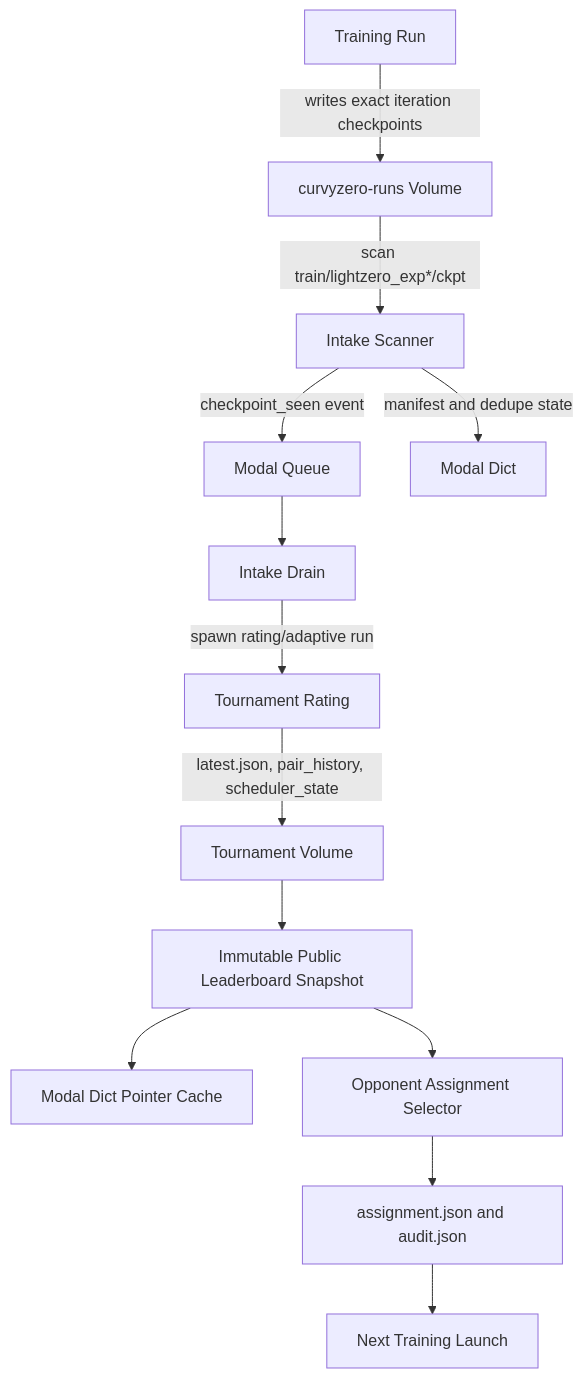
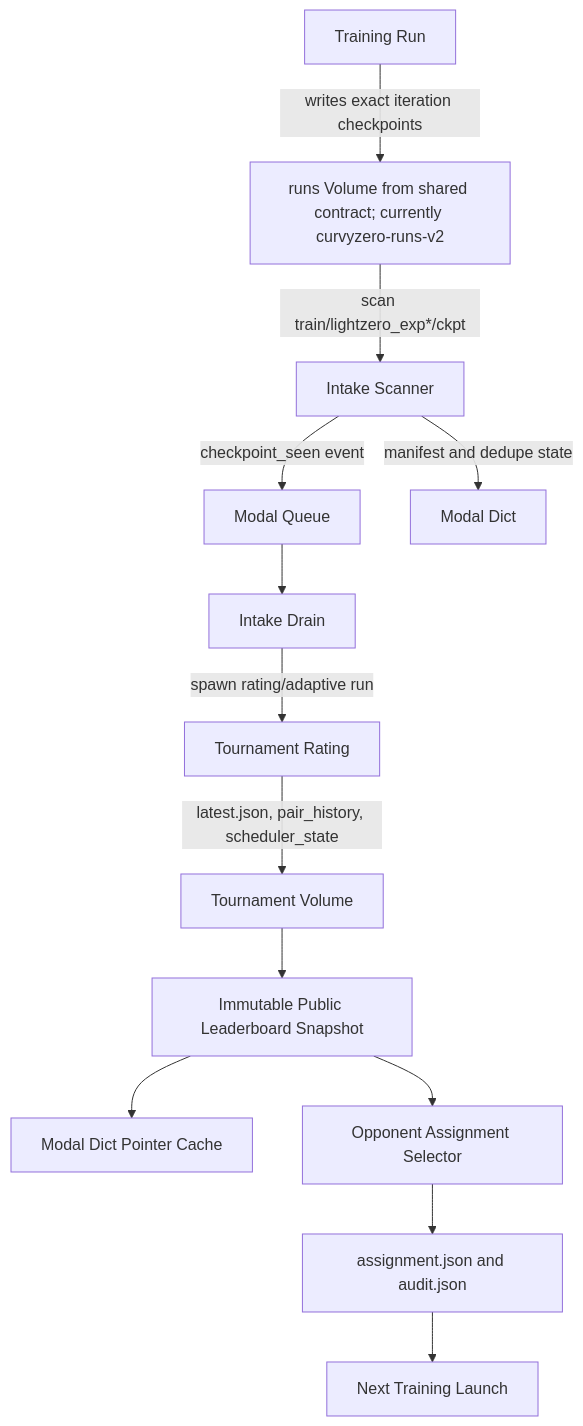
One commit to amartyashankha/curvyzero changed the diagram in docs/working/training/leaderboard_to_training_2026-05-13/dataflow.md. Above: the diagram before and after it, drawn with Mermaid. The commit also changed other lines of this file and 411 other files, not shown here.

````diff
--- a/docs/working/training/leaderboard_to_training_2026-05-13/dataflow.md
+++ b/docs/working/training/leaderboard_to_training_2026-05-13/dataflow.md
@@ -5,15 +5,15 @@
 ```mermaid
 flowchart TD
-  trainRun["Training Run"] -->|"writes exact iteration checkpoints"| checkpointVolume["curvyzero-runs Volume"]
+  trainRun["Training Run"] -->|"writes exact iteration checkpoints"| checkpointVolume["runs Volume from shared contract; currently curvyzero-runs-v2"]
   checkpointVolume -->|"scan train/lightzero_exp*/ckpt"| intakeScanner["Intake Scanner"]
   intakeScanner -->|"checkpoint_seen event"| intakeQueue["Modal Queue"]
   intakeScanner -->|"manifest and dedupe state"| intakeDict["Modal Dict"]
   intakeQueue --> intakeDrain["Intake Drain"]
   intakeDrain -->|"spawn rating/adaptive run"| tournamentRating["Tournament Rating"]
   tournamentRating -->|"latest.json, pair_history, scheduler_state"| tournamentVolume["Tournament Volume"]
   tournamentVolume --> publicLeaderboard["Immutable Public Leaderboard Snapshot"]
   publicLeaderboard --> livePointer["Modal Dict Pointer Cache"]
   publicLeaderboard --> selector["Opponent Assignment Selector"]
   selector --> assignment["assignment.json and audit.json"]
   assignment --> nextTrain["Next Training Launch"]
 ```
````
